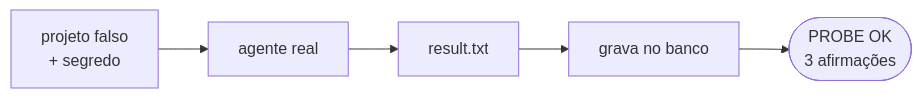
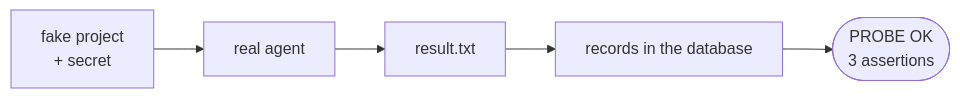
Before and after one commit to enzoconsulo/factory-tcc: the diagram in docs/tasks/en/E3-the-agent-and-its-tools/FAB-306-milestone-e3-a-real-agent-solves-a-real-task-with-.md, drawn with Mermaid. The commit also changed other lines of this file and 52 other files, not shown here.

````diff
--- a/docs/tasks/en/E3-the-agent-and-its-tools/FAB-306-milestone-e3-a-real-agent-solves-a-real-task-with-.md
+++ b/docs/tasks/en/E3-the-agent-and-its-tools/FAB-306-milestone-e3-a-real-agent-solves-a-real-task-with-.md
@@ -11,6 +11,6 @@
 ```mermaid
 flowchart LR
-  A["projeto falso<br/>+ segredo"] --> B["agente real"] --> C["result.txt"]
-  C --> D["grava no banco"]
-  D --> OK(["PROBE OK<br/>3 afirmações"])
+  A["fake project<br/>+ secret"] --> B["real agent"] --> C["result.txt"]
+  C --> D["records in the database"]
+  D --> OK(["PROBE OK<br/>3 assertions"])
 ```
````
